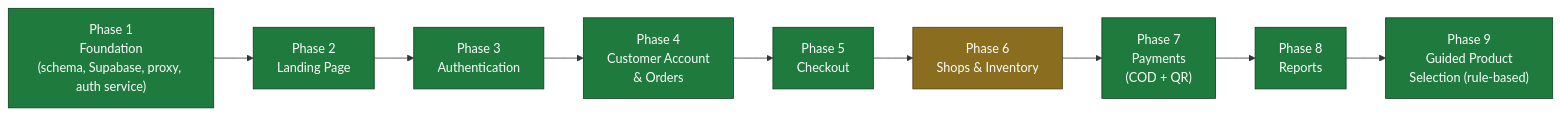
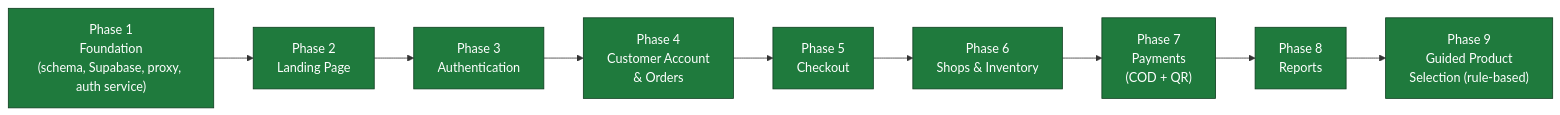
One commit to Manuel00216/RobertJ-OnlineShop changed the first of 3 diagrams in README.md. Above: the diagram before and after it, drawn with Mermaid. The commit also changed other lines of this file and 1 other file, not shown here.

````diff
--- a/README.md
+++ b/README.md
@@ -201,20 +201,19 @@
 ```mermaid
 flowchart LR
     P1["Phase 1<br/>Foundation<br/>(schema, Supabase, proxy, auth service)"]
     P2["Phase 2<br/>Landing Page"]
     P3["Phase 3<br/>Authentication"]
     P4["Phase 4<br/>Customer Account<br/>& Orders"]
     P5["Phase 5<br/>Checkout"]
     P6["Phase 6<br/>Shops & Inventory"]
     P7["Phase 7<br/>Payments<br/>(COD + QR)"]
     P8["Phase 8<br/>Reports"]
     P9["Phase 9<br/>Guided Product<br/>Selection (rule-based)"]
 
     P1 --> P2 --> P3 --> P4 --> P5 --> P6 --> P7 --> P8 --> P9
 
     classDef done fill:#1f7a3d,stroke:#0d3d1f,color:#fff;
     classDef todo fill:#3a3f4b,stroke:#20242c,color:#fff;
     classDef partial fill:#8a6d1f,stroke:#4d3c10,color:#fff;
-    class P1,P2,P3,P4,P5,P7,P8,P9 done;
-    class P6 partial;
+    class P1,P2,P3,P4,P5,P6,P7,P8,P9 done;
 ```
````
